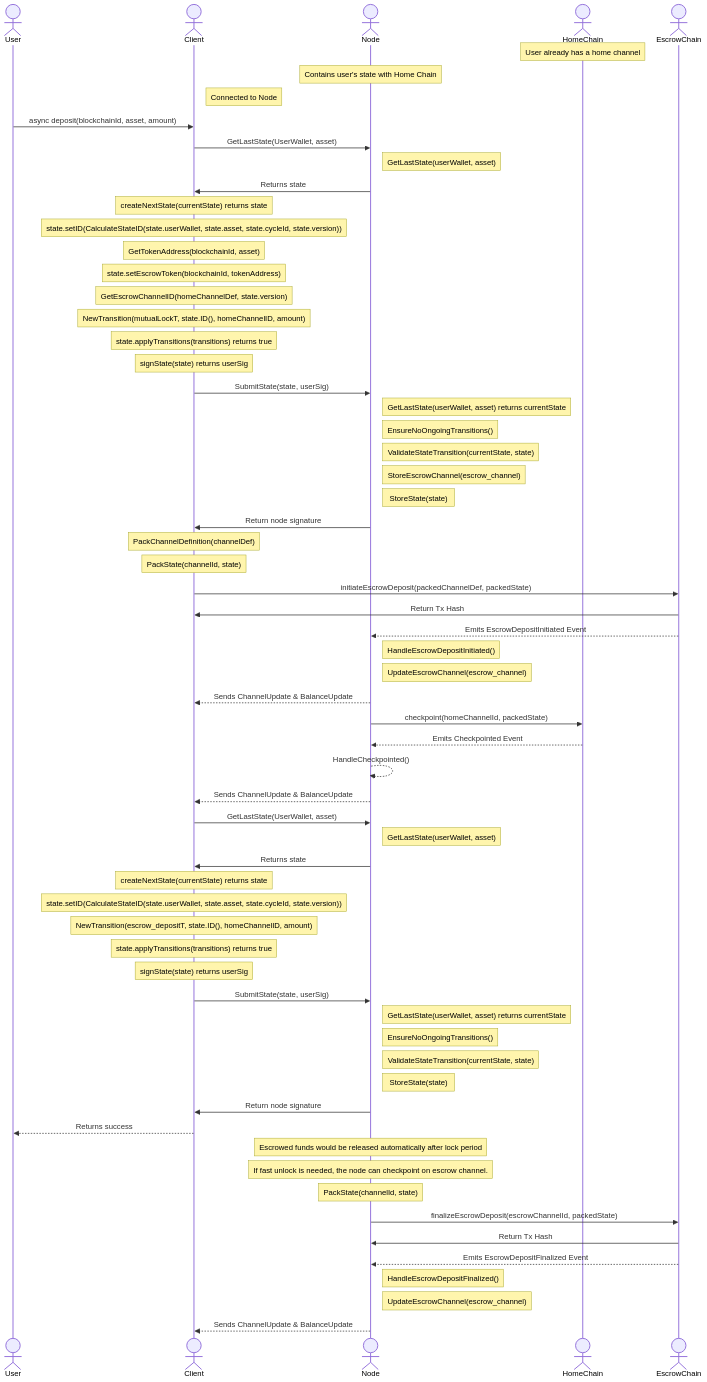
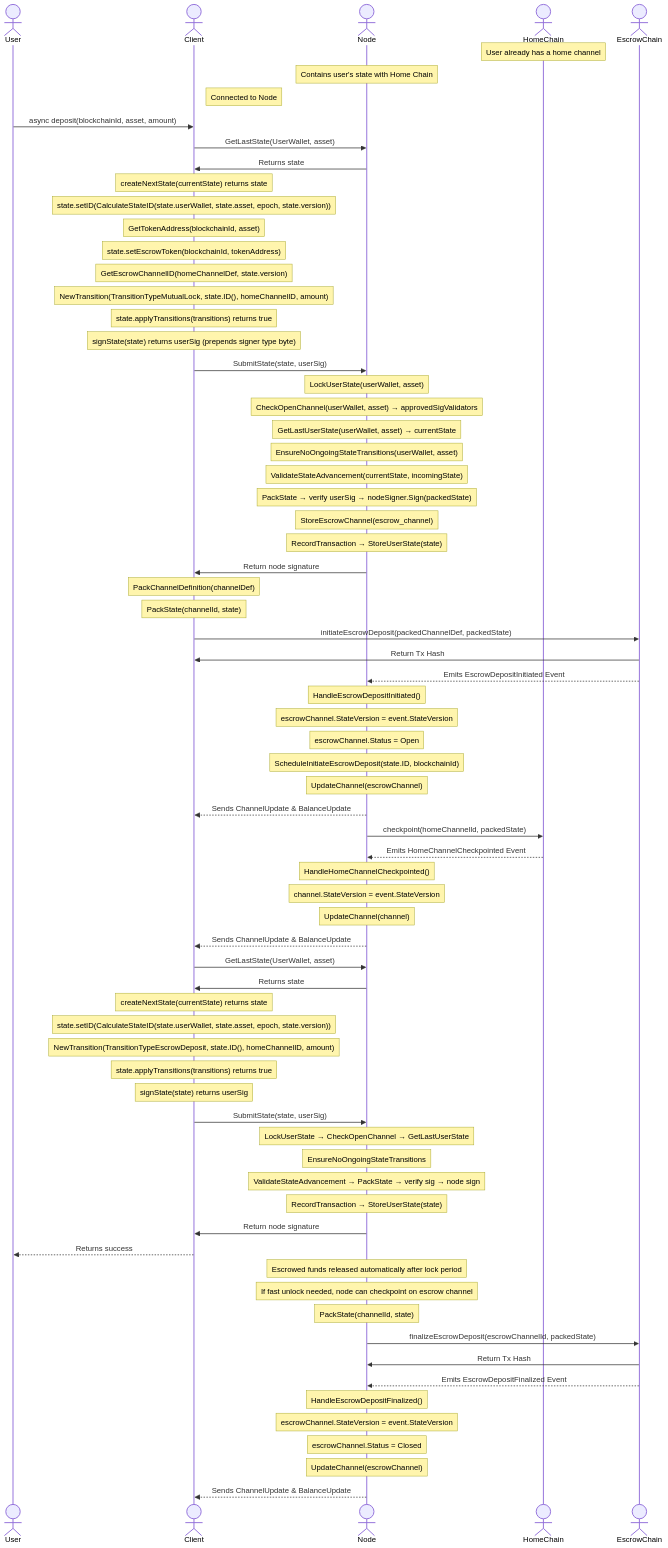
The diagram in docs/communication_flows/escrow_chan_deposit.mmd (erc7824/nitrolite), drawn with Mermaid before and after one commit. The commit also changed other lines of this file and 9 other files, not shown here.

First line of the commit message:
YNU-829: Update Data Models and Communication Flows diagrams (#616)

```diff
--- a/docs/communication_flows/escrow_chan_deposit.mmd
+++ b/docs/communication_flows/escrow_chan_deposit.mmd
@@ -1,72 +1,87 @@
 sequenceDiagram
         actor User
         actor Client
         actor Node
         actor HomeChain
         actor EscrowChain
         Note over HomeChain: User already has a home channel
-        Note over Node: Contains user's state with Home Chain 
+        Note over Node: Contains user's state with Home Chain
         Note right of Client: Connected to Node
+
         User->>Client: async deposit(blockchainId, asset, amount)
 
+        %% Phase 1: Mutual Lock - lock funds from home to escrow
         Client->>Node: GetLastState(UserWallet, asset)
-        Note right of Node: GetLastState(userWallet, asset)
         Node->>Client: Returns state
         Note over Client: createNextState(currentState) returns state
-        Note over Client: state.setID(CalculateStateID(state.userWallet, state.asset, state.cycleId, state.version))
+        Note over Client: state.setID(CalculateStateID(state.userWallet, state.asset, epoch, state.version))
         Note over Client: GetTokenAddress(blockchainId, asset)
         Note over Client: state.setEscrowToken(blockchainId, tokenAddress)
         Note over Client: GetEscrowChannelID(homeChannelDef, state.version)
-        Note over Client: NewTransition(mutualLockT, state.ID(), homeChannelID, amount)
+        Note over Client: NewTransition(TransitionTypeMutualLock, state.ID(), homeChannelID, amount)
         Note over Client: state.applyTransitions(transitions) returns true
-        Note over Client: signState(state) returns userSig
+        Note over Client: signState(state) returns userSig (prepends signer type byte)
 
         Client->>Node: SubmitState(state, userSig)
-        Note right of Node: GetLastState(userWallet, asset) returns currentState
-        Note right of Node: EnsureNoOngoingTransitions()
-        Note right of Node: ValidateStateTransition(currentState, state)
-        Note right of Node: StoreEscrowChannel(escrow_channel)
-        Note right of Node: StoreState(state)
+        Note over Node: LockUserState(userWallet, asset)
+        Note over Node: CheckOpenChannel(userWallet, asset) → approvedSigValidators
+        Note over Node: GetLastUserState(userWallet, asset) → currentState
+        Note over Node: EnsureNoOngoingStateTransitions(userWallet, asset)
+        Note over Node: ValidateStateAdvancement(currentState, incomingState)
+        Note over Node: PackState → verify userSig → nodeSigner.Sign(packedState)
+        Note over Node: StoreEscrowChannel(escrow_channel)
+        Note over Node: RecordTransaction → StoreUserState(state)
         Node->>Client: Return node signature
+
+        %% Phase 2: On-chain escrow deposit initiation
         Note over Client: PackChannelDefinition(channelDef)
         Note over Client: PackState(channelId, state)
         Client->>EscrowChain: initiateEscrowDeposit(packedChannelDef, packedState)
         EscrowChain->>Client: Return Tx Hash
         EscrowChain-->>Node: Emits EscrowDepositInitiated Event
-        Note right of Node: HandleEscrowDepositInitiated()
-        Note right of Node: UpdateEscrowChannel(escrow_channel)
+        Note over Node: HandleEscrowDepositInitiated()
+        Note over Node: escrowChannel.StateVersion = event.StateVersion
+        Note over Node: escrowChannel.Status = Open
+        Note over Node: ScheduleInitiateEscrowDeposit(state.ID, blockchainId)
+        Note over Node: UpdateChannel(escrowChannel)
         Node-->>Client: Sends ChannelUpdate & BalanceUpdate
-        
+
+        %% Phase 3: Node checkpoints on home chain
         Node->>HomeChain: checkpoint(homeChannelId, packedState)
-        HomeChain-->>Node: Emits Checkpointed Event
-        Node-->>Node: HandleCheckpointed()
+        HomeChain-->>Node: Emits HomeChannelCheckpointed Event
+        Note over Node: HandleHomeChannelCheckpointed()
+        Note over Node: channel.StateVersion = event.StateVersion
+        Note over Node: UpdateChannel(channel)
         Node-->>Client: Sends ChannelUpdate & BalanceUpdate
-        
+
+        %% Phase 4: Escrow deposit finalization - credit home from escrow
         Client->>Node: GetLastState(UserWallet, asset)
-        Note right of Node: GetLastState(userWallet, asset)
         Node->>Client: Returns state
         Note over Client: createNextState(currentState) returns state
-        Note over Client: state.setID(CalculateStateID(state.userWallet, state.asset, state.cycleId, state.version))
-        Note over Client: NewTransition(escrow_depositT, state.ID(), homeChannelID, amount)
+        Note over Client: state.setID(CalculateStateID(state.userWallet, state.asset, epoch, state.version))
+        Note over Client: NewTransition(TransitionTypeEscrowDeposit, state.ID(), homeChannelID, amount)
         Note over Client: state.applyTransitions(transitions) returns true
         Note over Client: signState(state) returns userSig
 
         Client->>Node: SubmitState(state, userSig)
-        Note right of Node: GetLastState(userWallet, asset) returns currentState
-        Note right of Node: EnsureNoOngoingTransitions()
-        Note right of Node: ValidateStateTransition(currentState, state)
-        Note right of Node: StoreState(state)
+        Note over Node: LockUserState → CheckOpenChannel → GetLastUserState
+        Note over Node: EnsureNoOngoingStateTransitions
+        Note over Node: ValidateStateAdvancement → PackState → verify sig → node sign
+        Note over Node: RecordTransaction → StoreUserState(state)
         Node->>Client: Return node signature
 
         Client-->>User: Returns success
 
-        Note over Node: Escrowed funds would be released automatically after lock period
-        Note over Node: If fast unlock is needed, the node can checkpoint on escrow channel.
+        %% Phase 5: Node finalizes escrow on-chain
+        Note over Node: Escrowed funds released automatically after lock period
+        Note over Node: If fast unlock needed, node can checkpoint on escrow channel
 
         Note over Node: PackState(channelId, state)
         Node->>EscrowChain: finalizeEscrowDeposit(escrowChannelId, packedState)
         EscrowChain->>Node: Return Tx Hash
         EscrowChain-->>Node: Emits EscrowDepositFinalized Event
-        Note right of Node: HandleEscrowDepositFinalized()
-        Note right of Node: UpdateEscrowChannel(escrow_channel)
+        Note over Node: HandleEscrowDepositFinalized()
+        Note over Node: escrowChannel.StateVersion = event.StateVersion
+        Note over Node: escrowChannel.Status = Closed
+        Note over Node: UpdateChannel(escrowChannel)
         Node-->>Client: Sends ChannelUpdate & BalanceUpdate
```
